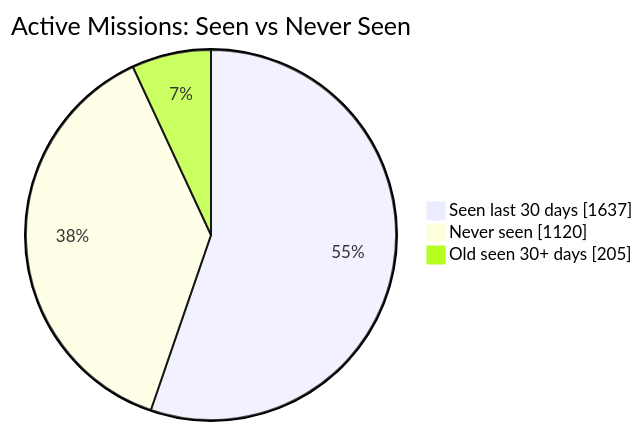
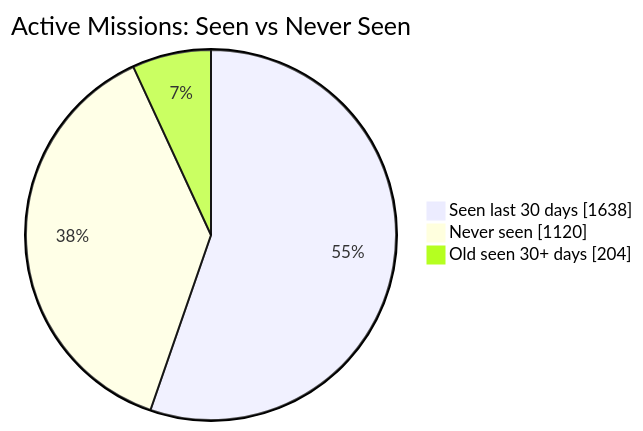
The first of 2 diagrams in README.md (MeldkamerspelGameTeam/active-missions), drawn with Mermaid before and after one commit. The commit also changed other lines of this file and 2 other files, not shown here.

````diff
--- a/README.md
+++ b/README.md
@@ -34,7 +34,7 @@
 ```mermaid
 pie showData
     title Active Missions: Seen vs Never Seen
-    "Seen last 30 days" : 1637
+    "Seen last 30 days" : 1638
     "Never seen" : 1120
-    "Old seen 30+ days" : 205
+    "Old seen 30+ days" : 204
 ```
````
